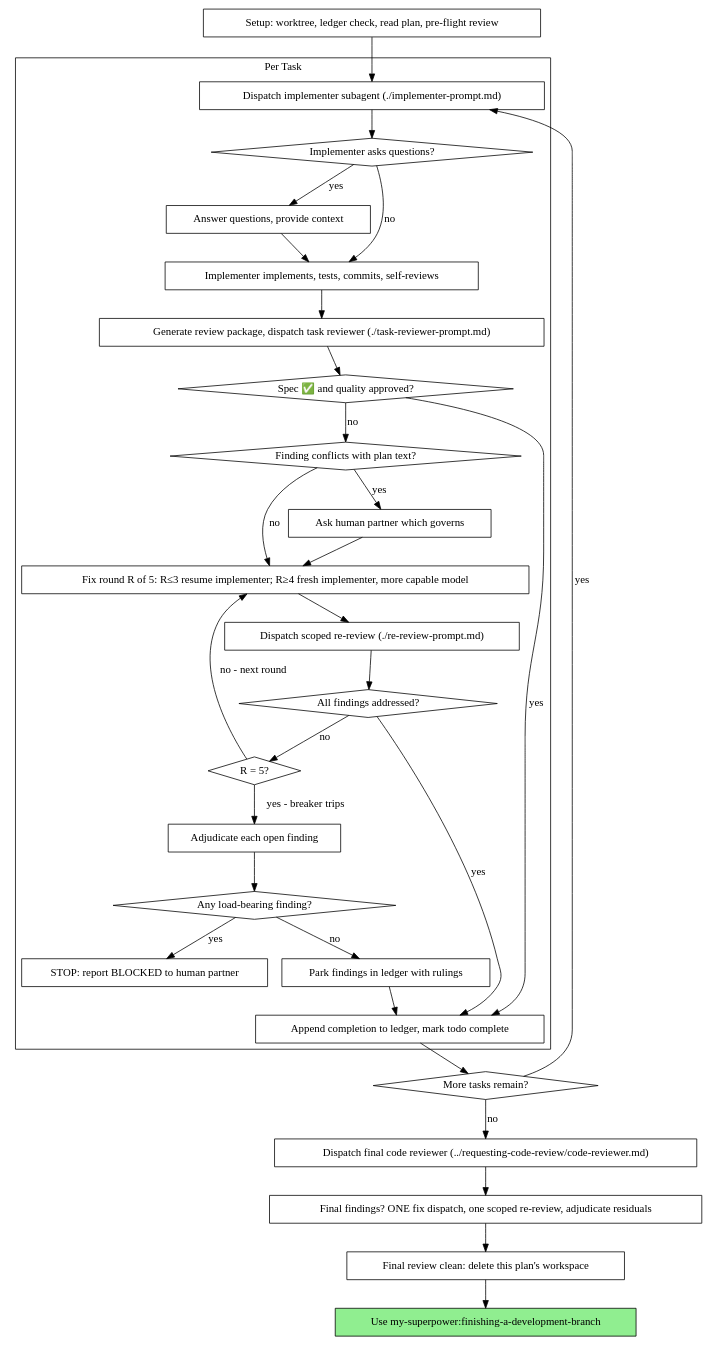
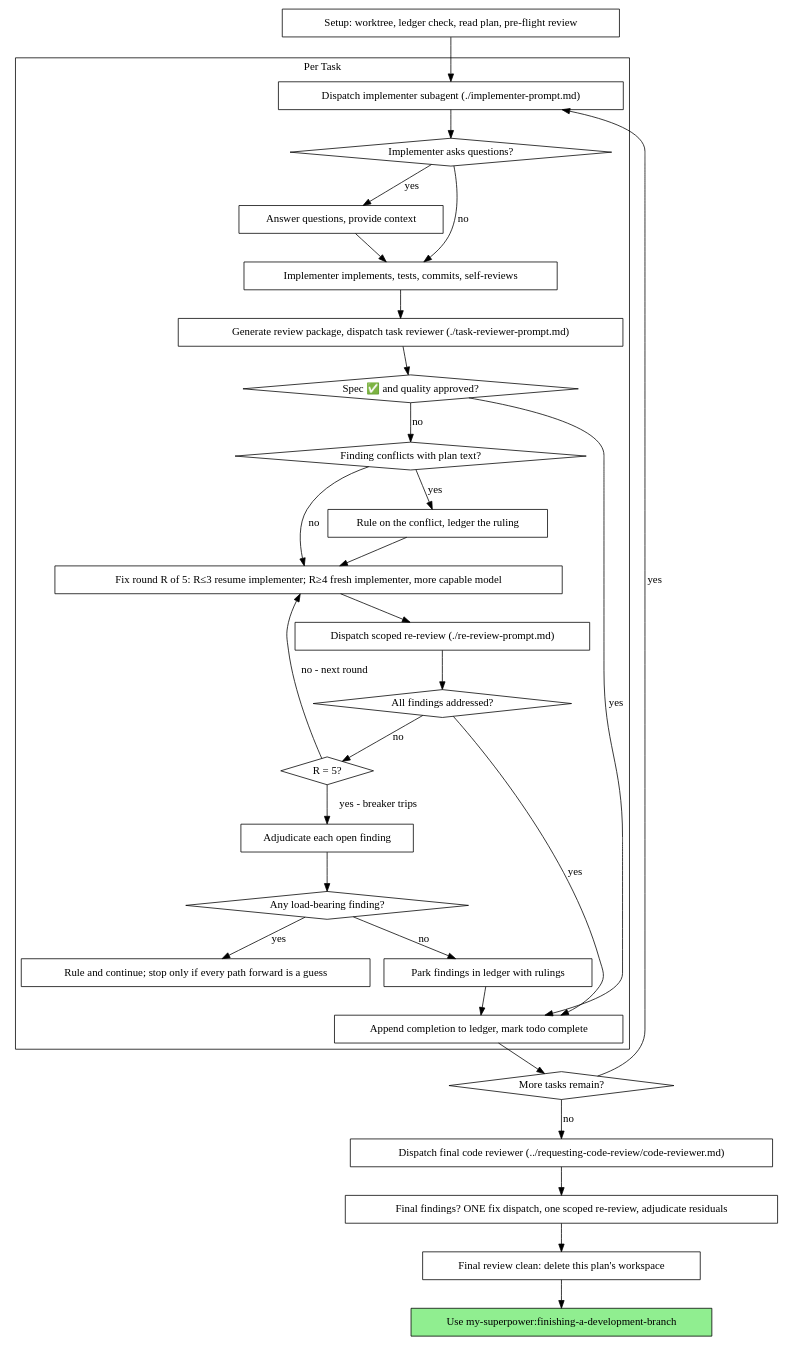
One commit to bill-atchison/mySuperpower changed the second of 2 diagrams in plugins/my-superpower/skills/subagent-driven-development/SKILL.md. Above: the diagram before and after it, drawn with Graphviz. The commit also changed other lines of this file and 56 other files, not shown here.

````diff
--- a/plugins/my-superpower/skills/subagent-driven-development/SKILL.md
+++ b/plugins/my-superpower/skills/subagent-driven-development/SKILL.md
@@ -47,62 +61,62 @@
 ```dot
 digraph process {
     rankdir=TB;
 
     subgraph cluster_per_task {
         label="Per Task";
         "Dispatch implementer subagent (./implementer-prompt.md)" [shape=box];
         "Implementer asks questions?" [shape=diamond];
         "Answer questions, provide context" [shape=box];
         "Implementer implements, tests, commits, self-reviews" [shape=box];
         "Generate review package, dispatch task reviewer (./task-reviewer-prompt.md)" [shape=box];
         "Spec ✅ and quality approved?" [shape=diamond];
         "Finding conflicts with plan text?" [shape=diamond];
-        "Ask human partner which governs" [shape=box];
+        "Rule on the conflict, ledger the ruling" [shape=box];
         "Fix round R of 5: R≤3 resume implementer; R≥4 fresh implementer, more capable model" [shape=box];
         "Dispatch scoped re-review (./re-review-prompt.md)" [shape=box];
         "All findings addressed?" [shape=diamond];
         "R = 5?" [shape=diamond];
         "Adjudicate each open finding" [shape=box];
         "Any load-bearing finding?" [shape=diamond];
-        "STOP: report BLOCKED to human partner" [shape=box];
+        "Rule and continue; stop only if every path forward is a guess" [shape=box];
         "Park findings in ledger with rulings" [shape=box];
         "Append completion to ledger, mark todo complete" [shape=box];
     }
 
     "Setup: worktree, ledger check, read plan, pre-flight review" [shape=box];
     "More tasks remain?" [shape=diamond];
     "Dispatch final code reviewer (../requesting-code-review/code-reviewer.md)" [shape=box];
     "Final findings? ONE fix dispatch, one scoped re-review, adjudicate residuals" [shape=box];
     "Final review clean: delete this plan's workspace" [shape=box];
     "Use my-superpower:finishing-a-development-branch" [shape=box style=filled fillcolor=lightgreen];
 
     "Setup: worktree, ledger check, read plan, pre-flight review" -> "Dispatch implementer subagent (./implementer-prompt.md)";
     "Dispatch implementer subagent (./implementer-prompt.md)" -> "Implementer asks questions?";
     "Implementer asks questions?" -> "Answer questions, provide context" [label="yes"];
     "Answer questions, provide context" -> "Implementer implements, tests, commits, self-reviews";
     "Implementer asks questions?" -> "Implementer implements, tests, commits, self-reviews" [label="no"];
     "Implementer implements, tests, commits, self-reviews" -> "Generate review package, dispatch task reviewer (./task-reviewer-prompt.md)";
     "Generate review package, dispatch task reviewer (./task-reviewer-prompt.md)" -> "Spec ✅ and quality approved?";
     "Spec ✅ and quality approved?" -> "Append completion to ledger, mark todo complete" [label="yes"];
     "Spec ✅ and quality approved?" -> "Finding conflicts with plan text?" [label="no"];
-    "Finding conflicts with plan text?" -> "Ask human partner which governs" [label="yes"];
-    "Ask human partner which governs" -> "Fix round R of 5: R≤3 resume implementer; R≥4 fresh implementer, more capable model";
+    "Finding conflicts with plan text?" -> "Rule on the conflict, ledger the ruling" [label="yes"];
+    "Rule on the conflict, ledger the ruling" -> "Fix round R of 5: R≤3 resume implementer; R≥4 fresh implementer, more capable model";
     "Finding conflicts with plan text?" -> "Fix round R of 5: R≤3 resume implementer; R≥4 fresh implementer, more capable model" [label="no"];
     "Fix round R of 5: R≤3 resume implementer; R≥4 fresh implementer, more capable model" -> "Dispatch scoped re-review (./re-review-prompt.md)";
     "Dispatch scoped re-review (./re-review-prompt.md)" -> "All findings addressed?";
     "All findings addressed?" -> "Append completion to ledger, mark todo complete" [label="yes"];
     "All findings addressed?" -> "R = 5?" [label="no"];
     "R = 5?" -> "Fix round R of 5: R≤3 resume implementer; R≥4 fresh implementer, more capable model" [label="no - next round"];
     "R = 5?" -> "Adjudicate each open finding" [label="yes - breaker trips"];
     "Adjudicate each open finding" -> "Any load-bearing finding?";
-    "Any load-bearing finding?" -> "STOP: report BLOCKED to human partner" [label="yes"];
+    "Any load-bearing finding?" -> "Rule and continue; stop only if every path forward is a guess" [label="yes"];
     "Any load-bearing finding?" -> "Park findings in ledger with rulings" [label="no"];
     "Park findings in ledger with rulings" -> "Append completion to ledger, mark todo complete";
     "Append completion to ledger, mark todo complete" -> "More tasks remain?";
     "More tasks remain?" -> "Dispatch implementer subagent (./implementer-prompt.md)" [label="yes"];
     "More tasks remain?" -> "Dispatch final code reviewer (../requesting-code-review/code-reviewer.md)" [label="no"];
     "Dispatch final code reviewer (../requesting-code-review/code-reviewer.md)" -> "Final findings? ONE fix dispatch, one scoped re-review, adjudicate residuals";
     "Final findings? ONE fix dispatch, one scoped re-review, adjudicate residuals" -> "Final review clean: delete this plan's workspace";
     "Final review clean: delete this plan's workspace" -> "Use my-superpower:finishing-a-development-branch";
 }
 ```
````
